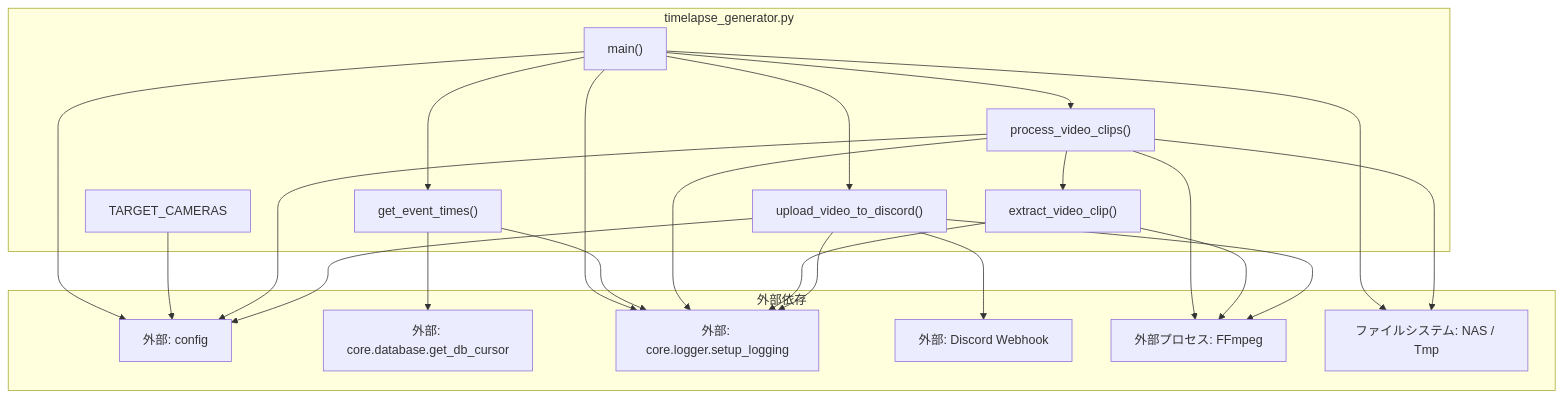
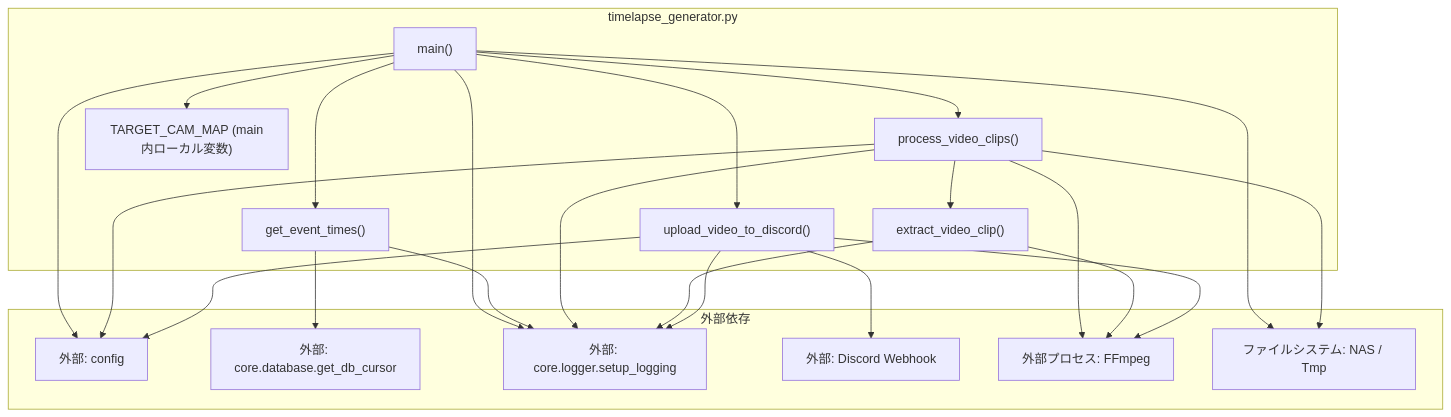
Before and after one commit to mmtigers/my_python_project: the second of 2 diagrams in docs/specifications/MY_HOME_SYSTEM/timelapse_generator.md, drawn with Mermaid. The commit also changed other lines of this file and 47 other files, not shown here.

````diff
--- a/docs/specifications/MY_HOME_SYSTEM/timelapse_generator.md
+++ b/docs/specifications/MY_HOME_SYSTEM/timelapse_generator.md
@@ -215,47 +217,46 @@
 ```mermaid
 graph TD
     subgraph timelapse_generator.py
         main["main()"]
         get_event_times["get_event_times()"]
         process_video_clips["process_video_clips()"]
         extract_video_clip["extract_video_clip()"]
         upload_video_to_discord["upload_video_to_discord()"]
-        TARGET_CAMERAS["TARGET_CAMERAS"]
+        TARGET_CAM_MAP["TARGET_CAM_MAP (main内ローカル変数)"]
     end
 
     subgraph 外部依存
         config["外部: config"]
         db["外部: core.database.get_db_cursor"]
         logger["外部: core.logger.setup_logging"]
         DiscordAPI["外部: Discord Webhook"]
         FFmpeg["外部プロセス: FFmpeg"]
         NAS["ファイルシステム: NAS / Tmp"]
     end
 
     main --> get_event_times
     main --> process_video_clips
     main --> upload_video_to_discord
     main --> config
     main --> logger
     main --> NAS
+    main --> TARGET_CAM_MAP
 
-    TARGET_CAMERAS --> config
-    
     get_event_times --> db
     get_event_times --> logger
 
     process_video_clips --> extract_video_clip
     process_video_clips --> config
     process_video_clips --> NAS
     process_video_clips --> logger
     process_video_clips --> FFmpeg
 
     extract_video_clip --> FFmpeg
     extract_video_clip --> logger
 
     upload_video_to_discord --> DiscordAPI
     upload_video_to_discord --> config
     upload_video_to_discord --> FFmpeg
     upload_video_to_discord --> logger
 
 ```
````
